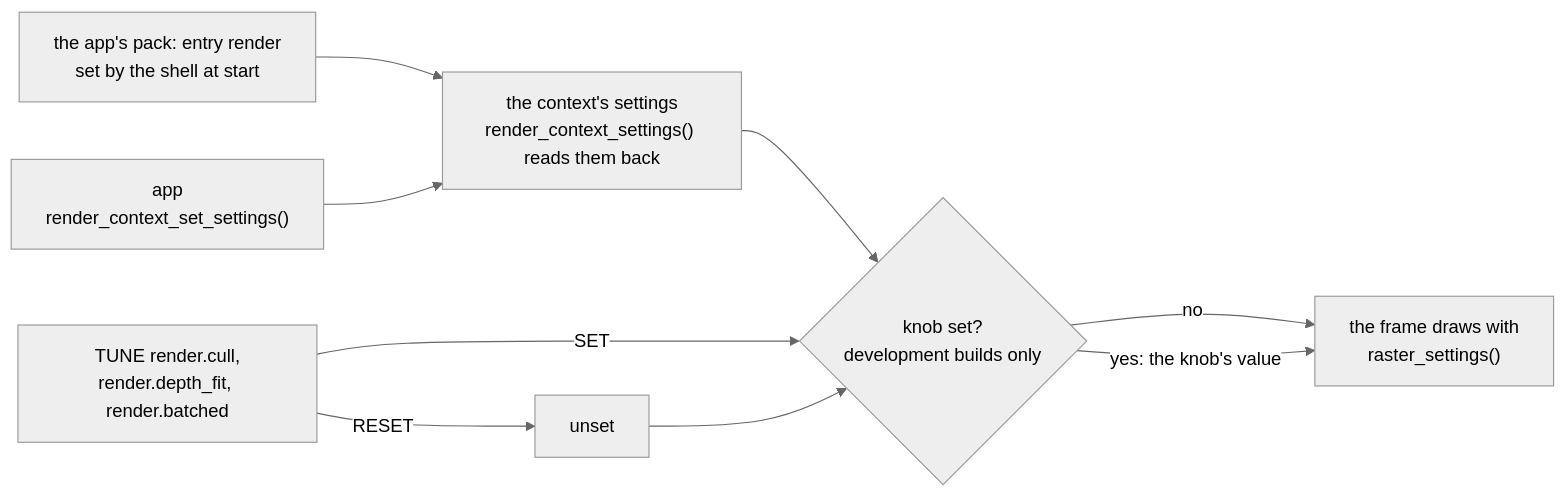
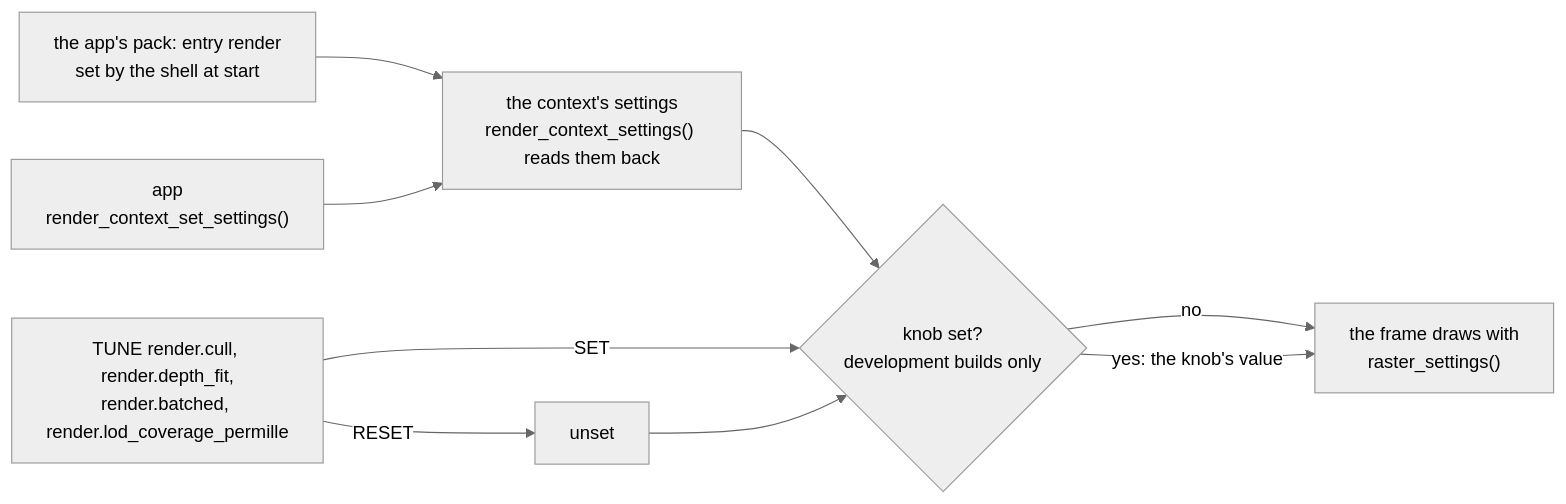
One commit to jose-villegas/autana changed the first of 4 diagrams in docs/render/Render-Settings.md. Above: the diagram before and after it, drawn with Mermaid (neutral theme). The commit also changed other lines of this file and 21 other files, not shown here.

Commit message:
r3d LOD M3: tolerance, hysteresis and coverage cap are render settings, authored in default.render.toml (autana-ky89m)

````diff
--- a/docs/render/Render-Settings.md
+++ b/docs/render/Render-Settings.md
@@ -14,11 +14,11 @@
 ```mermaid
 flowchart LR
     Asset["the app's pack: entry render<br/>set by the shell at start"] --> Settings
     App["app<br/>render_context_set_settings()"] --> Settings["the context's settings<br/>render_context_settings() reads them back"]
     Settings --> Pick{"knob set?<br/>development builds only"}
-    Knob["TUNE render.cull,<br/>render.depth_fit, render.batched"] -->|SET| Pick
+    Knob["TUNE render.cull, render.depth_fit,<br/>render.batched, render.lod_coverage_permille"] -->|SET| Pick
     Knob -->|RESET| Unset["unset"]
     Unset --> Pick
     Pick -->|"no"| Frame["the frame draws with<br/>raster_settings()"]
     Pick -->|"yes: the knob's value"| Frame
 ```
````
